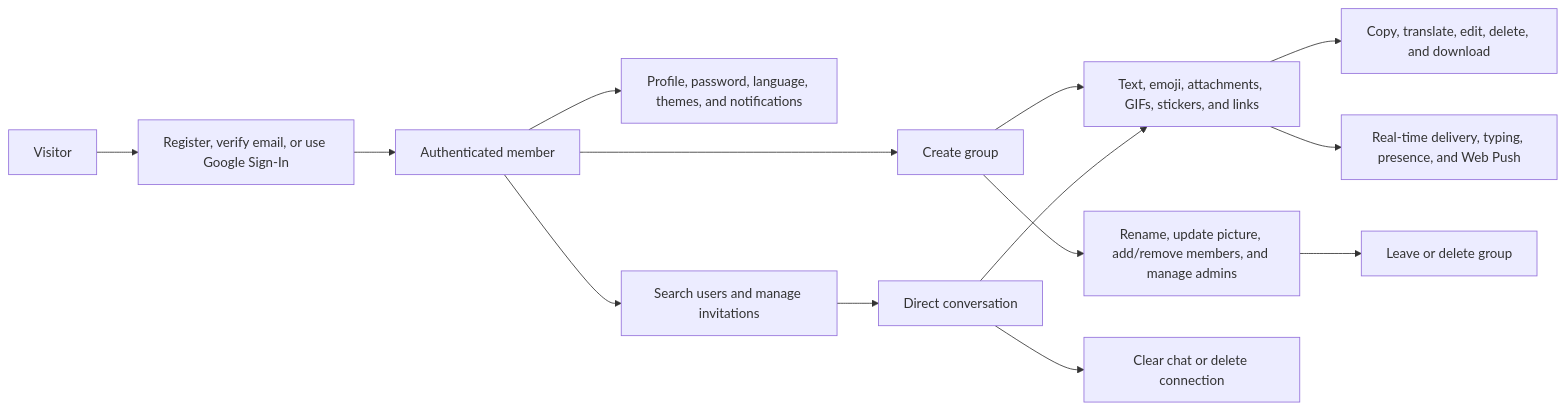
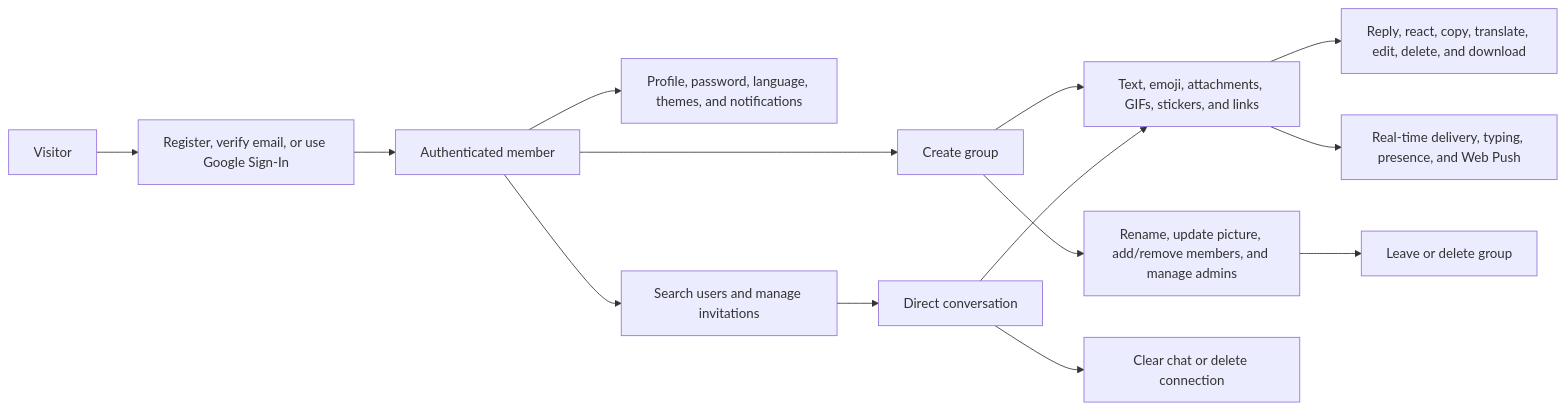
One commit to Saurav11343/click-chat changed the diagram in docs/01-project-overview.md. Above: the diagram before and after it, drawn with Mermaid. The commit also changed other lines of this file and 18 other files, not shown here.

````diff
--- a/docs/01-project-overview.md
+++ b/docs/01-project-overview.md
@@ -38,16 +38,16 @@
 ```mermaid
 flowchart LR
     V["Visitor"] --> ONB["Register, verify email, or use Google Sign-In"]
     ONB --> AUTH["Authenticated member"]
     AUTH --> ACC["Profile, password, language, themes, and notifications"]
     AUTH --> CONTACT["Search users and manage invitations"]
     CONTACT --> DIRECT["Direct conversation"]
     AUTH --> GROUP["Create group"]
     GROUP --> ADMIN["Rename, update picture, add/remove members, and manage admins"]
     ADMIN --> EXIT["Leave or delete group"]
     DIRECT --> CHAT["Text, emoji, attachments, GIFs, stickers, and links"]
     GROUP --> CHAT
-    CHAT --> ACTIONS["Copy, translate, edit, delete, and download"]
+    CHAT --> ACTIONS["Reply, react, copy, translate, edit, delete, and download"]
     CHAT --> LIVE["Real-time delivery, typing, presence, and Web Push"]
     DIRECT --> CLEAN["Clear chat or delete connection"]
 ```
````
